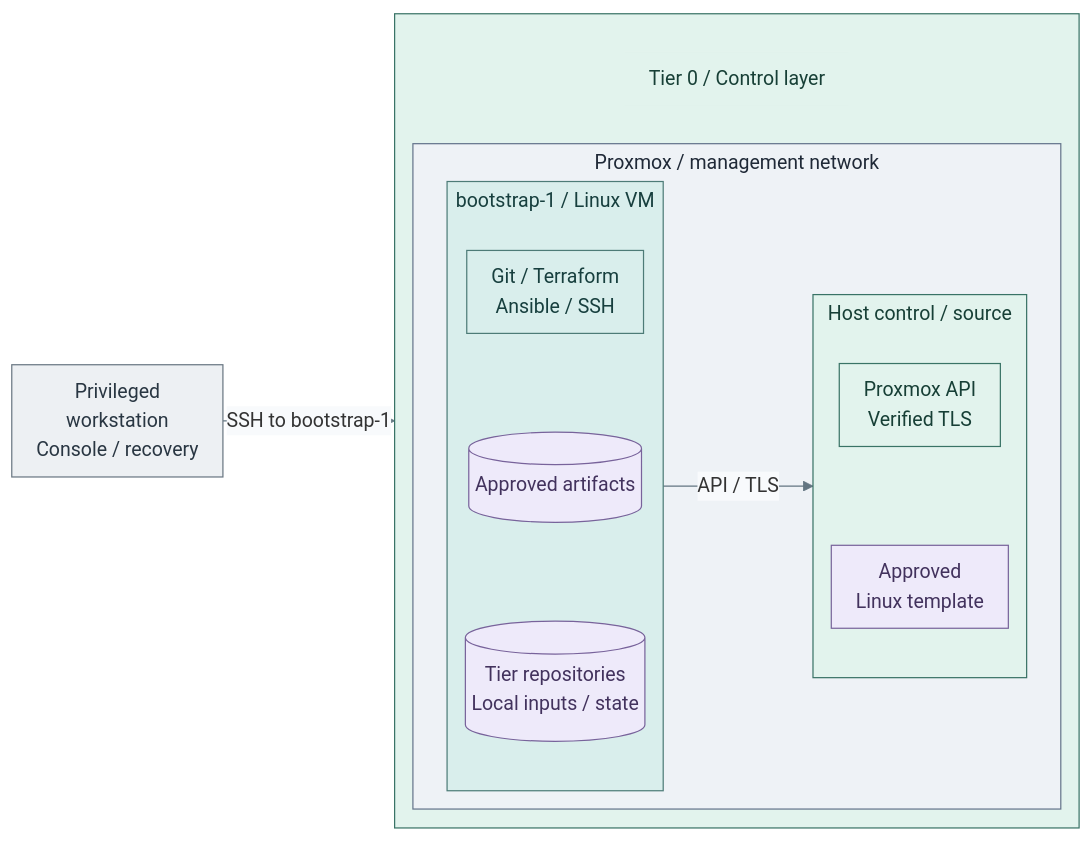
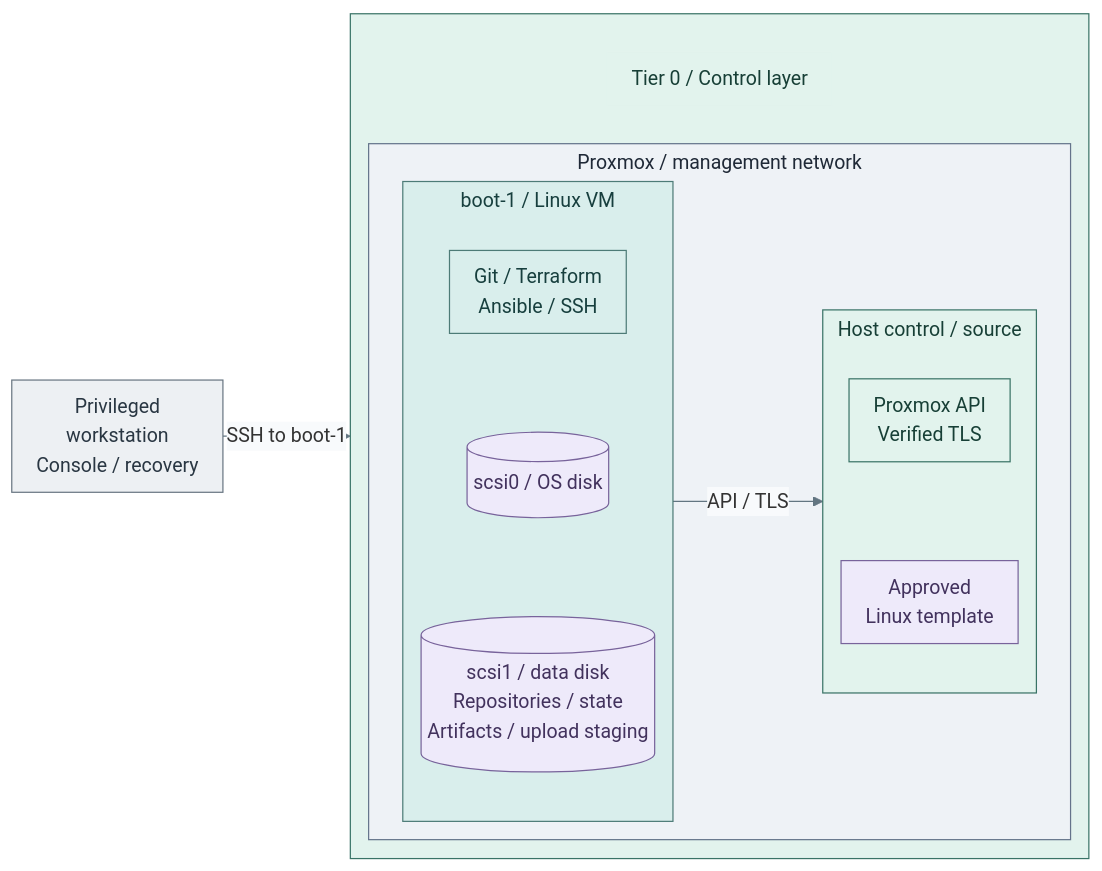
Before and after one commit to Rexus/homelab: the diagram in docs/deployment/foundation/proxmox/bootstrap.md, drawn with Mermaid. The commit also changed other lines of this file and 78 other files, not shown here.

````diff
--- a/docs/deployment/foundation/proxmox/bootstrap.md
+++ b/docs/deployment/foundation/proxmox/bootstrap.md
@@ -49,41 +60,41 @@
 ```mermaid
 %%{init: {"theme":"base","flowchart":{"nodeSpacing":10,"rankSpacing":6,"padding":10,"subGraphTitleMargin":{"top":4,"bottom":12}},"themeVariables":{"lineColor":"#627581","edgeLabelBackground":"#f8fafc"}}}%%
 flowchart LR
   Admin["Privileged<br/>workstation<br/>Console / recovery"]
   subgraph T0[" "]
     direction TB
     T0Title["Tier 0 / Control layer"]
       subgraph PVE["Proxmox / management network"]
         direction LR
-        subgraph VM["bootstrap-1 / Linux VM"]
+        subgraph VM["boot-1 / Linux VM"]
           direction TB
           Tools["Git / Terraform<br/>Ansible / SSH"]
-          Artifacts[("Approved artifacts")]
-          Workspace[("Tier repositories<br/>Local inputs / state")]
-          Tools ~~~ Artifacts ~~~ Workspace
+          OS[("scsi0 / OS disk")]
+          Data[("scsi1 / data disk<br/>Repositories / state<br/>Artifacts / upload staging")]
+          Tools ~~~ OS ~~~ Data
         end
         subgraph Host["Host control / source"]
           direction TB
           API["Proxmox API<br/>Verified TLS"]
           Image["Approved<br/>Linux template"]
           API ~~~ Image
         end
         VM -->|API / TLS| Host
       end
     T0Title ~~~ PVE
   end
-  Admin -->|SSH to bootstrap-1| T0
+  Admin -->|SSH to boot-1| T0
   classDef default fill:#f8fafc,stroke:#64748b,color:#1f2937
   classDef boundary fill:#eef2f6,stroke:#64748b,color:#1f2937
   classDef actor fill:#edf0f3,stroke:#697682,color:#293642
   classDef control fill:#e2f3ed,stroke:#397366,color:#173f36
   classDef controlHeading fill:#e2f3ed,stroke:#e2f3ed,color:#173f36
   classDef runtime fill:#d9eeec,stroke:#4d7b77,color:#173f3e
   classDef data fill:#eeeafa,stroke:#78639b,color:#42325d
   class Admin actor
   class T0,Host,API control
   class T0Title controlHeading
   class PVE boundary
   class VM,Tools runtime
-  class Image,Artifacts,Workspace data
+  class Image,OS,Data data
 ```
````
